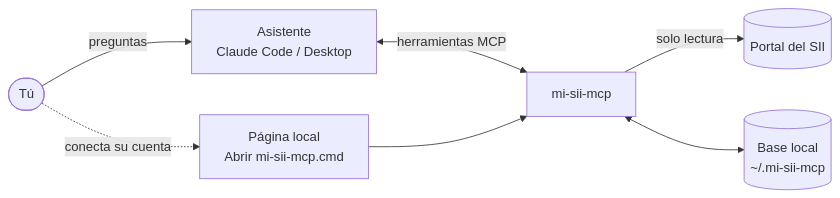
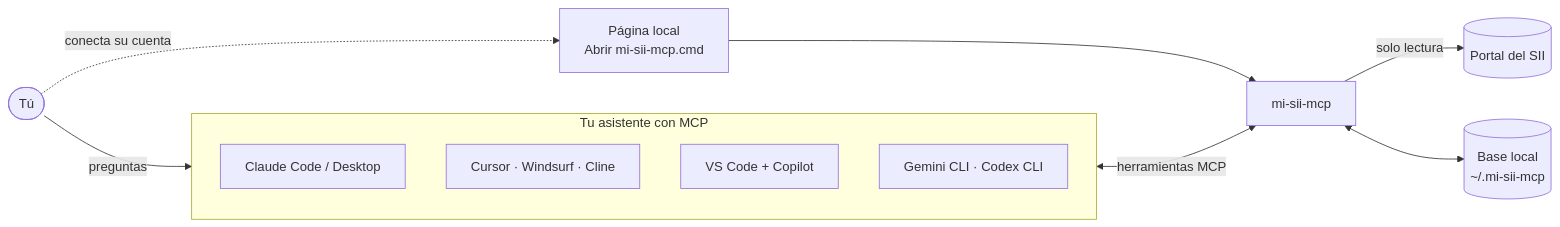
One commit to Taksuma-0/mi-sii-mcp changed the diagram in README.md. Above: the diagram before and after it, drawn with Mermaid. The commit also changed other lines of this file and 1 other file, not shown here.

Commit message:
docs: presentar mi-sii-mcp para cualquier cliente MCP, con la configuración de cada uno

````diff
--- a/README.md
+++ b/README.md
@@ -57,9 +57,16 @@
 ```mermaid
 flowchart LR
-    P([Tú]) -- preguntas --> A[Asistente<br/>Claude Code / Desktop]
+    P([Tú]) -- preguntas --> A
+    subgraph A [Tu asistente con MCP]
+        direction TB
+        A1[Claude Code / Desktop]
+        A2[Cursor · Windsurf · Cline]
+        A3[VS Code + Copilot]
+        A4[Gemini CLI · Codex CLI]
+    end
     A <-- herramientas MCP --> M[mi-sii-mcp]
     M -- solo lectura --> S[(Portal del SII)]
     M <--> D[(Base local<br/>~/.mi-sii-mcp)]
     P -. conecta su cuenta .-> W[Página local<br/>Abrir mi-sii-mcp.cmd]
     W --> M
 ```
````
